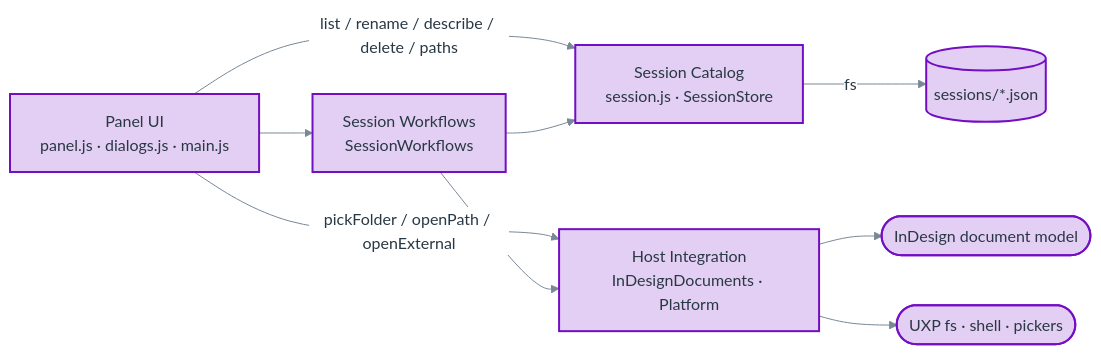
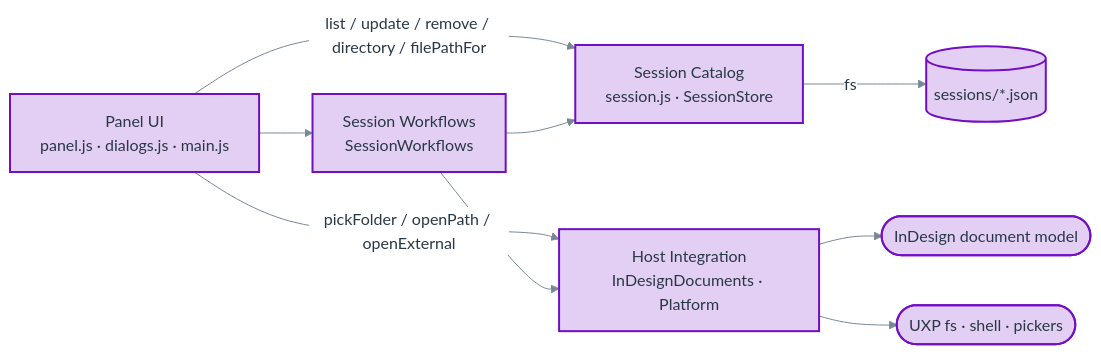
Before and after one commit to iconifyit/com.sessions-uxp: the diagram in docs/adrs/ADR-001-indesign-uxp-sessions-plugin/diagrams/component-overview.mmd, drawn with Mermaid. The commit also changed 1 other file, not shown here.

Commit message:
docs: align component diagram edge label with SessionStore contract

```diff
--- a/docs/adrs/ADR-001-indesign-uxp-sessions-plugin/diagrams/component-overview.mmd
+++ b/docs/adrs/ADR-001-indesign-uxp-sessions-plugin/diagrams/component-overview.mmd
@@ -1,23 +1,23 @@
 %%{init: {'theme':'base','themeVariables':{
 'fontFamily':'system-ui, sans-serif',
 'primaryColor':'#e3cff3','primaryBorderColor':'#730FC3','primaryTextColor':'#293845',
 'lineColor':'#788896','clusterBkg':'#ffffff','clusterBorder':'#788896','edgeLabelBackground':'#ffffff'
 }}}%%
 flowchart LR
   ui[Panel UI<br/>panel.js · dialogs.js · main.js]
   wf[Session Workflows<br/>SessionWorkflows]
   cat[Session Catalog<br/>session.js · SessionStore]
   host[Host Integration<br/>InDesignDocuments · Platform]
   store[(sessions/*.json)]
   idsn([InDesign document model])
   uxp([UXP fs · shell · pickers])
   ui --> wf
-  ui -->|list / rename / describe / delete / paths| cat
+  ui -->|list / update / remove / directory / filePathFor| cat
   ui -->|pickFolder / openPath / openExternal| host
   wf --> cat
   wf --> host
   cat -->|fs| store
   host --> idsn
   host --> uxp
   classDef house fill:#e3cff3,stroke:#730FC3,stroke-width:2px,color:#293845;
   class ui,wf,cat,host,store,idsn,uxp house;
```
